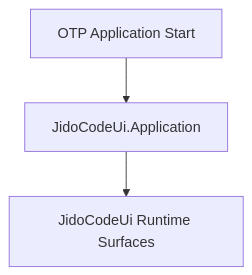
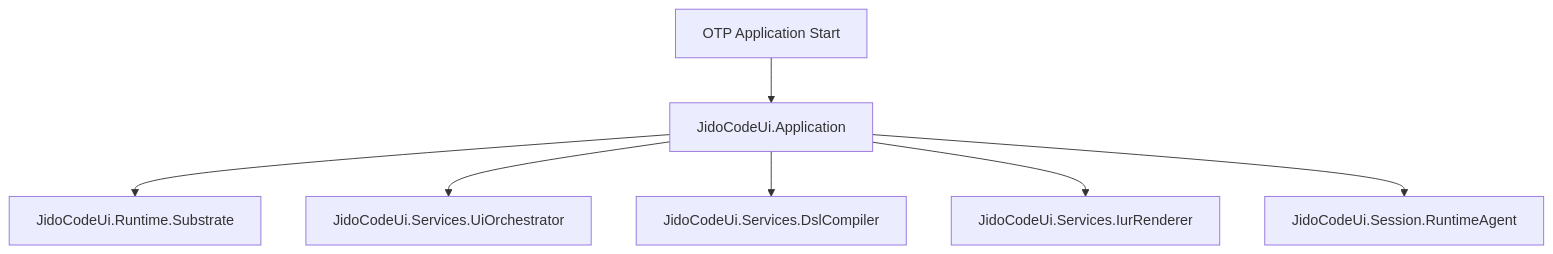
Before and after one commit to pcharbon70/jido_code_ui: the diagram in specs/core/ui_application.md, drawn with Mermaid. The commit also changed other lines of this file and 17 other files, not shown here.

````diff
--- a/specs/core/ui_application.md
+++ b/specs/core/ui_application.md
@@ -13,5 +13,9 @@
 ```mermaid
 graph TD
   A[OTP Application Start] --> B[JidoCodeUi.Application]
-  B --> C[JidoCodeUi Runtime Surfaces]
+  B --> C[JidoCodeUi.Runtime.Substrate]
+  B --> D[JidoCodeUi.Services.UiOrchestrator]
+  B --> E[JidoCodeUi.Services.DslCompiler]
+  B --> F[JidoCodeUi.Services.IurRenderer]
+  B --> G[JidoCodeUi.Session.RuntimeAgent]
 ```
````
